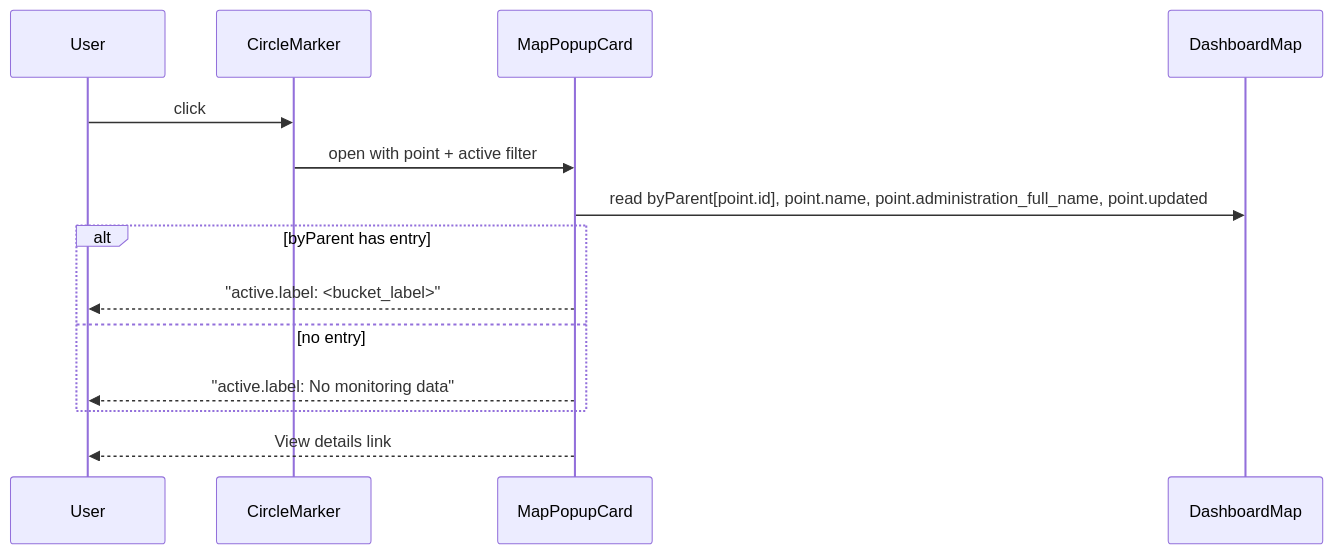
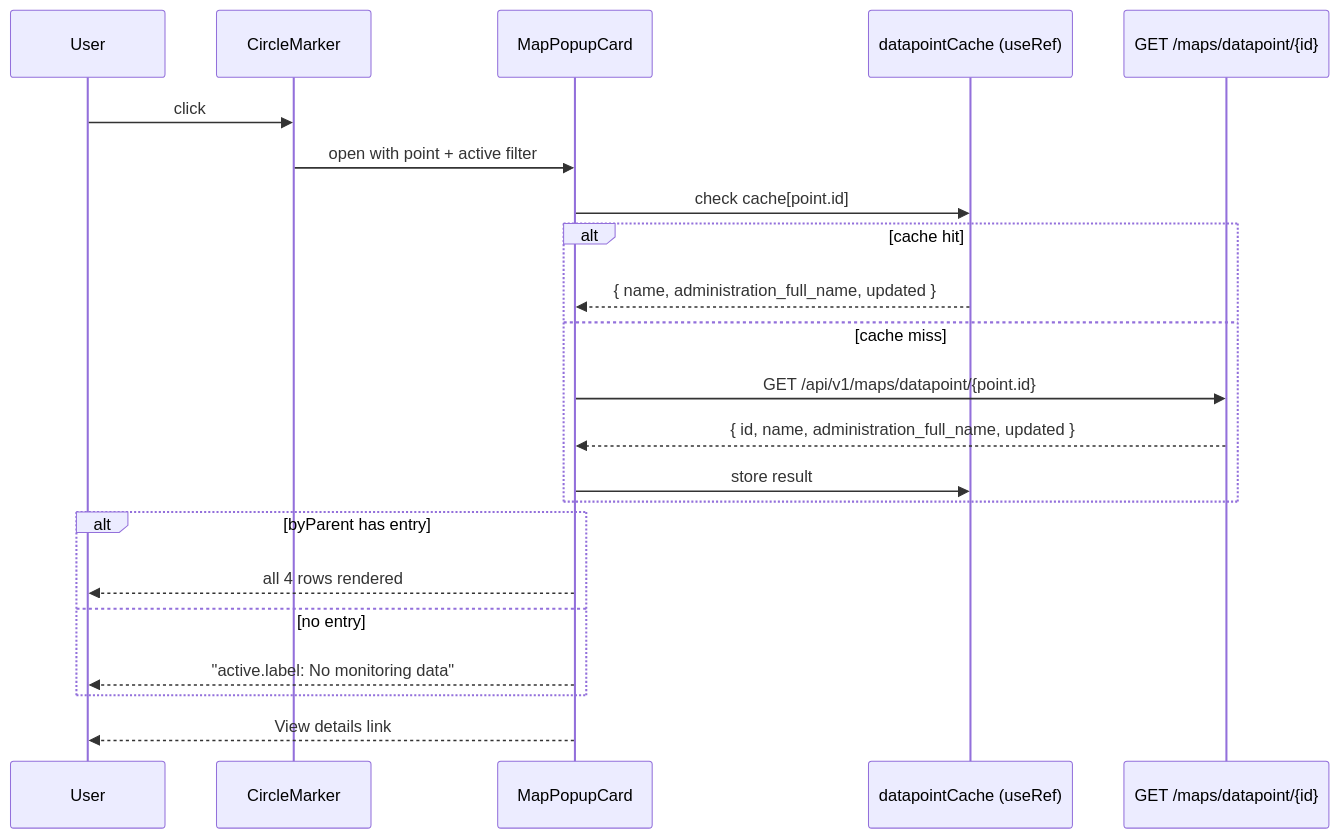
Before and after one commit to akvo/iwsims: the third of 3 diagrams in doc/claude/filters-dashboard-mapview/design.md, drawn with Mermaid. The commit also changed other lines of this file and 11 other files, not shown here.

First line of the commit message:
[#209] Replace bulk admin_full_name pre-load with on-demand datapoint detail endpoint

````diff
--- a/doc/claude/filters-dashboard-mapview/design.md
+++ b/doc/claude/filters-dashboard-mapview/design.md
@@ -199,16 +199,24 @@
 ```mermaid
 sequenceDiagram
     participant User
     participant Marker as CircleMarker
     participant Popup as MapPopupCard
-    participant Map as DashboardMap
+    participant Cache as datapointCache (useRef)
+    participant Detail as GET /maps/datapoint/{id}
     User->>Marker: click
     Marker->>Popup: open with point + active filter
-    Popup->>Map: read byParent[point.id], point.name, point.administration_full_name, point.updated
+    Popup->>Cache: check cache[point.id]
+    alt cache hit
+        Cache-->>Popup: { name, administration_full_name, updated }
+    else cache miss
+        Popup->>Detail: GET /api/v1/maps/datapoint/{point.id}
+        Detail-->>Popup: { id, name, administration_full_name, updated }
+        Popup->>Cache: store result
+    end
     alt byParent has entry
-        Popup-->>User: "active.label: <bucket_label>"
+        Popup-->>User: all 4 rows rendered
     else no entry
         Popup-->>User: "active.label: No monitoring data"
     end
     Popup-->>User: View details link
 ```
````
